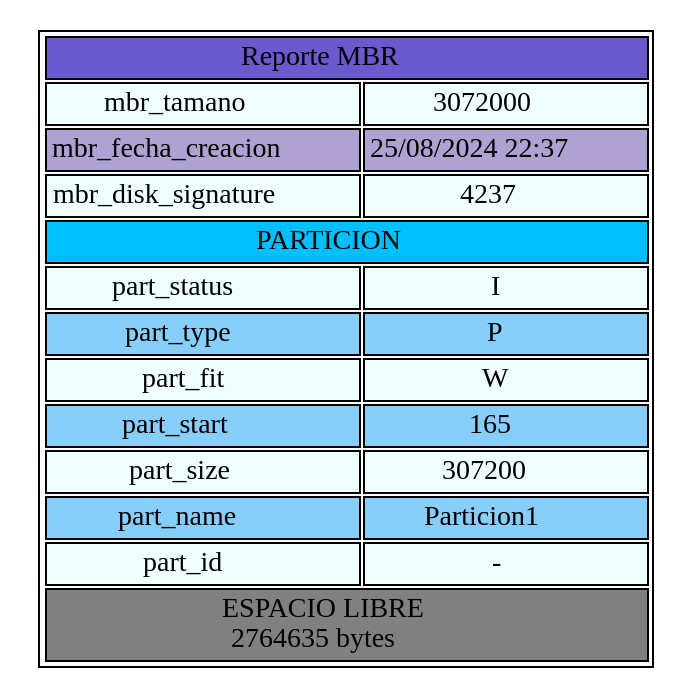
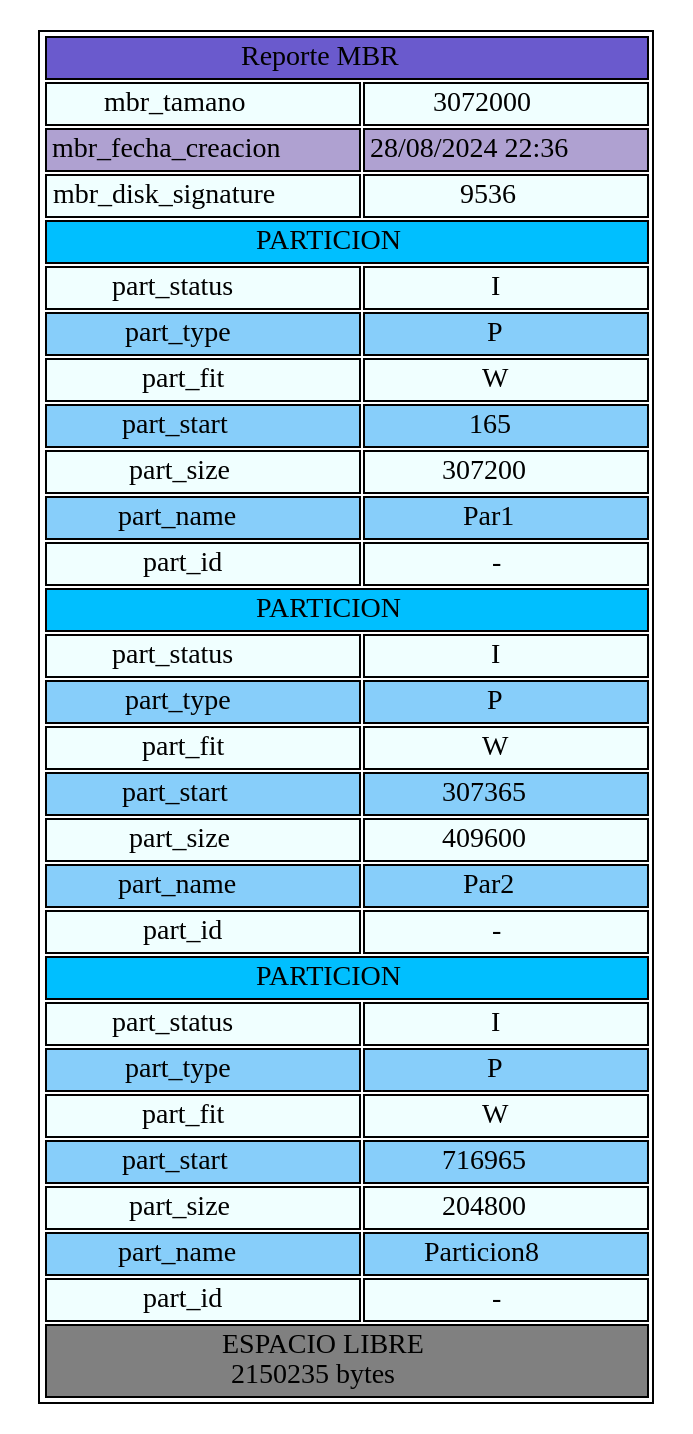
One commit to KimberlyEstupe/MIA_2S_P1_201513656 changed the diagram in Resultados/reports/reporte1.dot. Above: the diagram before and after it, drawn with Graphviz. The commit also changed 21 other files, not shown here.

```diff
--- a/Resultados/reports/reporte1.dot
+++ b/Resultados/reports/reporte1.dot
@@ -1,54 +1,116 @@
 digraph { 
 node [ shape=none ] 
 TablaReportNodo [ label = < <table border="1"> 
  <tr>
   <td bgcolor='SlateBlue' COLSPAN="2"> Reporte MBR </td> 
  </tr> 
  <tr>
   <td bgcolor='Azure'> mbr_tamano </td> 
   <td bgcolor='Azure'> 3072000 </td> 
  </tr> 
  <tr>
   <td bgcolor='#AFA1D1'> mbr_fecha_creacion </td> 
-  <td bgcolor='#AFA1D1'> 25/08/2024 22:37 </td> 
+  <td bgcolor='#AFA1D1'> 28/08/2024 22:36 </td> 
  </tr> 
  <tr>
   <td bgcolor='Azure'> mbr_disk_signature </td> 
-  <td bgcolor='Azure'> 4237 </td> 
+  <td bgcolor='Azure'> 9536 </td> 
  </tr>  
  <tr>
   <td bgcolor='DeepSkyBlue' COLSPAN="2"> PARTICION </td> 
  </tr> 
  <tr>
   <td bgcolor='Azure'> part_status </td> 
   <td bgcolor='Azure'> I </td> 
  </tr> 
  <tr>
   <td bgcolor='LightSkyBlue'> part_type </td> 
   <td bgcolor='LightSkyBlue'> P </td> 
  </tr> 
  <tr>
   <td bgcolor='Azure'> part_fit </td> 
   <td bgcolor='Azure'> W </td> 
  </tr> 
  <tr>
   <td bgcolor='LightSkyBlue'> part_start </td> 
   <td bgcolor='LightSkyBlue'> 165 </td> 
  </tr> 
  <tr>
   <td bgcolor='Azure'> part_size </td> 
   <td bgcolor='Azure'> 307200 </td> 
  </tr> 
  <tr>
   <td bgcolor='LightSkyBlue'> part_name </td> 
-  <td bgcolor='LightSkyBlue'> Particion1 </td> 
+  <td bgcolor='LightSkyBlue'> Par1 </td> 
  </tr> 
  <tr>
   <td bgcolor='Azure'> part_id </td> 
   <td bgcolor='Azure'> - </td> 
  </tr> 
  <tr>
-  <td bgcolor='#808080' COLSPAN="2"> ESPACIO LIBRE <br/> 2764635 bytes </td> 
+  <td bgcolor='DeepSkyBlue' COLSPAN="2"> PARTICION </td> 
+ </tr> 
+ <tr>
+  <td bgcolor='Azure'> part_status </td> 
+  <td bgcolor='Azure'> I </td> 
+ </tr> 
+ <tr>
+  <td bgcolor='LightSkyBlue'> part_type </td> 
+  <td bgcolor='LightSkyBlue'> P </td> 
+ </tr> 
+ <tr>
+  <td bgcolor='Azure'> part_fit </td> 
+  <td bgcolor='Azure'> W </td> 
+ </tr> 
+ <tr>
+  <td bgcolor='LightSkyBlue'> part_start </td> 
+  <td bgcolor='LightSkyBlue'> 307365 </td> 
+ </tr> 
+ <tr>
+  <td bgcolor='Azure'> part_size </td> 
+  <td bgcolor='Azure'> 409600 </td> 
+ </tr> 
+ <tr>
+  <td bgcolor='LightSkyBlue'> part_name </td> 
+  <td bgcolor='LightSkyBlue'> Par2 </td> 
+ </tr> 
+ <tr>
+  <td bgcolor='Azure'> part_id </td> 
+  <td bgcolor='Azure'> - </td> 
+ </tr> 
+ <tr>
+  <td bgcolor='DeepSkyBlue' COLSPAN="2"> PARTICION </td> 
+ </tr> 
+ <tr>
+  <td bgcolor='Azure'> part_status </td> 
+  <td bgcolor='Azure'> I </td> 
+ </tr> 
+ <tr>
+  <td bgcolor='LightSkyBlue'> part_type </td> 
+  <td bgcolor='LightSkyBlue'> P </td> 
+ </tr> 
+ <tr>
+  <td bgcolor='Azure'> part_fit </td> 
+  <td bgcolor='Azure'> W </td> 
+ </tr> 
+ <tr>
+  <td bgcolor='LightSkyBlue'> part_start </td> 
+  <td bgcolor='LightSkyBlue'> 716965 </td> 
+ </tr> 
+ <tr>
+  <td bgcolor='Azure'> part_size </td> 
+  <td bgcolor='Azure'> 204800 </td> 
+ </tr> 
+ <tr>
+  <td bgcolor='LightSkyBlue'> part_name </td> 
+  <td bgcolor='LightSkyBlue'> Particion8 </td> 
+ </tr> 
+ <tr>
+  <td bgcolor='Azure'> part_id </td> 
+  <td bgcolor='Azure'> - </td> 
+ </tr> 
+ <tr>
+  <td bgcolor='#808080' COLSPAN="2"> ESPACIO LIBRE <br/> 2150235 bytes </td> 
  </tr> 
 </table> > ]
 }
```
